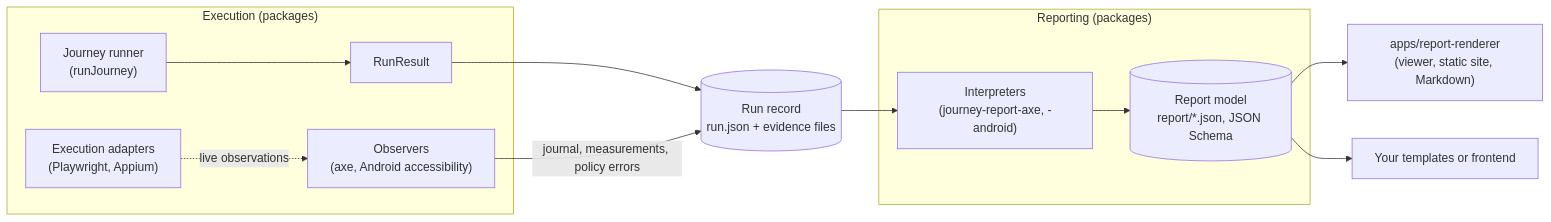
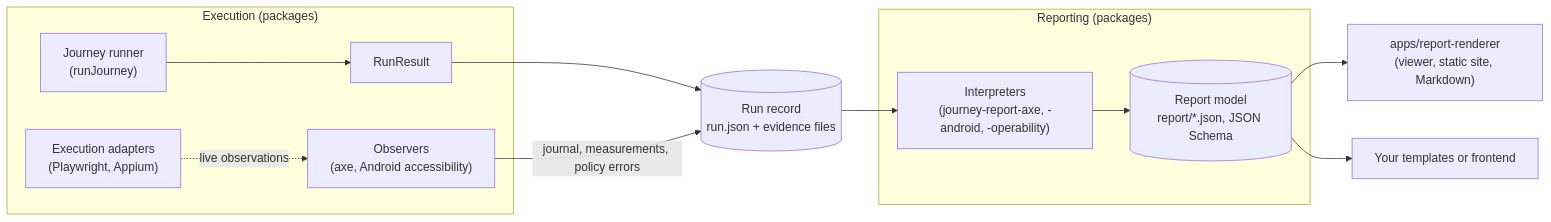
The fifth of 6 diagrams in README.md (openuji/journey-mesh), drawn with Mermaid before and after one commit. The commit also changed other lines of this file and 26 other files, not shown here.

Commit message:
report operability

````diff
--- a/README.md
+++ b/README.md
@@ -145,15 +145,15 @@
 ```mermaid
 flowchart LR
   subgraph execution["Execution (packages)"]
     runner["Journey runner<br/>(runJourney)"] --> result["RunResult"]
     adapters["Execution adapters<br/>(Playwright, Appium)"] -.->|live observations| capture["Observers<br/>(axe, Android accessibility)"]
   end
   result --> record[("Run record<br/>run.json + evidence files")]
   capture -->|journal, measurements, policy errors| record
   subgraph reporting["Reporting (packages)"]
-    interpreters["Interpreters<br/>(journey-report-axe, -android)"] --> model[("Report model<br/>report/*.json, JSON Schema")]
+    interpreters["Interpreters<br/>(journey-report-axe, -android, -operability)"] --> model[("Report model<br/>report/*.json, JSON Schema")]
   end
   record --> interpreters
   model --> viewer["apps/report-renderer<br/>(viewer, static site, Markdown)"]
   model --> templates["Your templates or frontend"]
 ```
````
